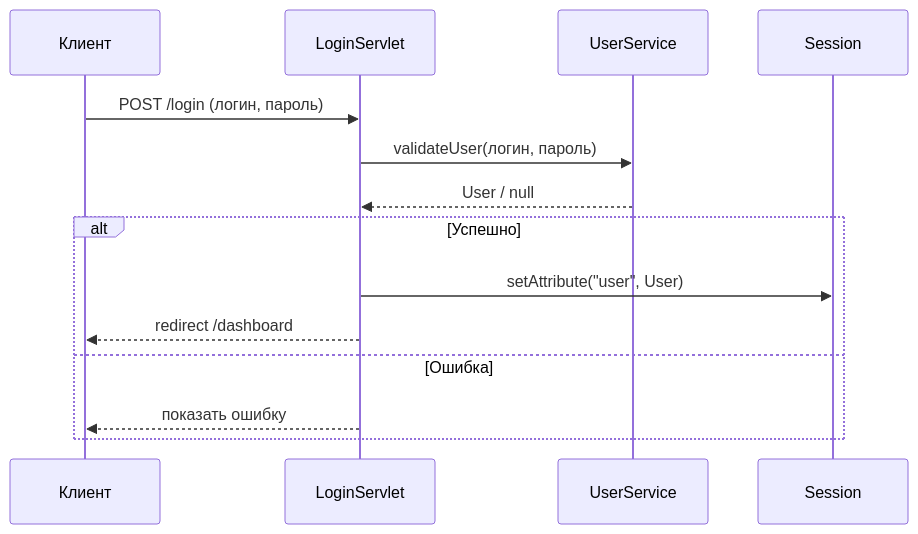
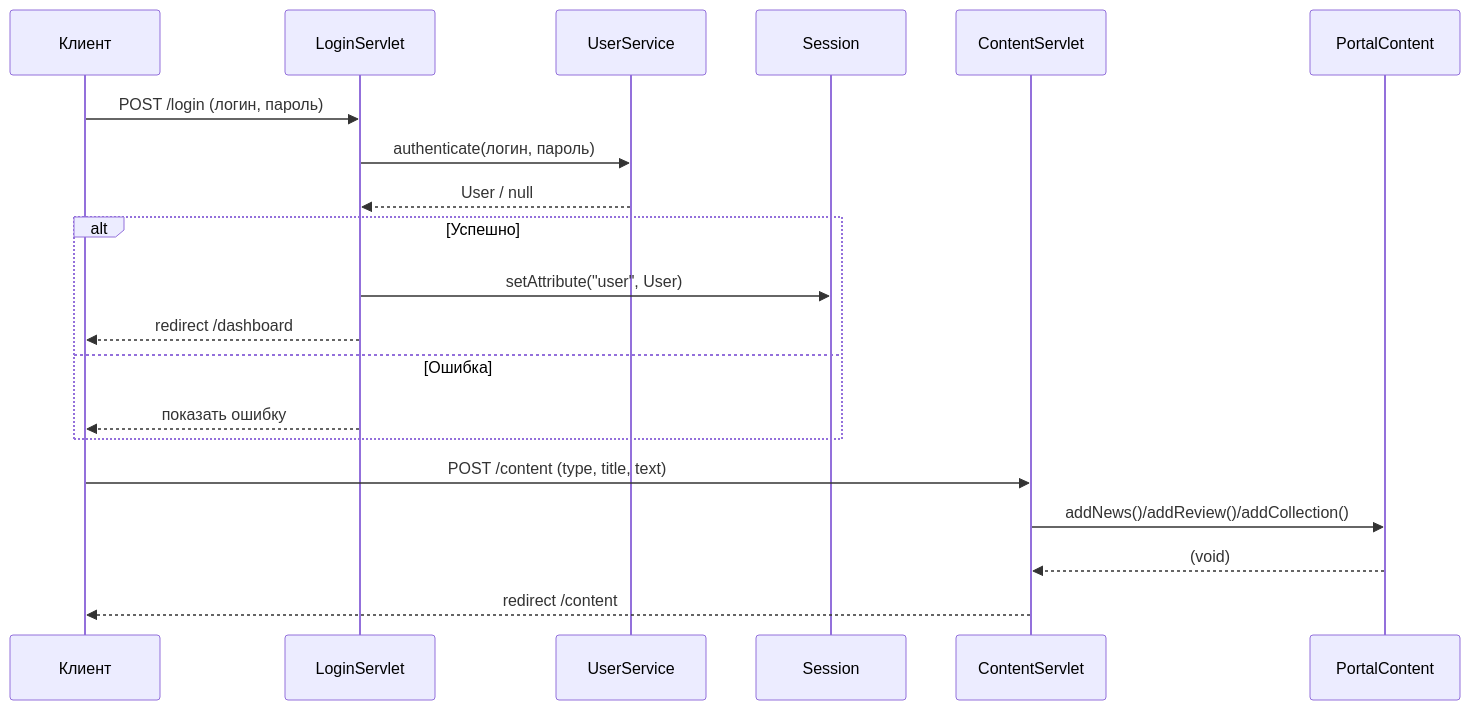
Before and after one commit to namalkin/JavaLABS: the third of 3 diagrams in 4/Readme.md, drawn with Mermaid. The commit also changed other lines of this file and 1 other file, not shown here.

````diff
--- a/4/Readme.md
+++ b/4/Readme.md
@@ -115,17 +132,26 @@
 ```mermaid
 sequenceDiagram
     participant Клиент
     participant LoginServlet
     participant UserService
     participant Session
 
     Клиент->>LoginServlet: POST /login (логин, пароль)
-    LoginServlet->>UserService: validateUser(логин, пароль)
+    LoginServlet->>UserService: authenticate(логин, пароль)
     UserService-->>LoginServlet: User / null
     alt Успешно
         LoginServlet->>Session: setAttribute("user", User)
         LoginServlet-->>Клиент: redirect /dashboard
     else Ошибка
         LoginServlet-->>Клиент: показать ошибку
     end
+
+    %% Добавлен сценарий добавления контента
+    participant ContentServlet
+    participant PortalContent
+
+    Клиент->>ContentServlet: POST /content (type, title, text)
+    ContentServlet->>PortalContent: addNews()/addReview()/addCollection()
+    PortalContent-->>ContentServlet: (void)
+    ContentServlet-->>Клиент: redirect /content
 ```
````
